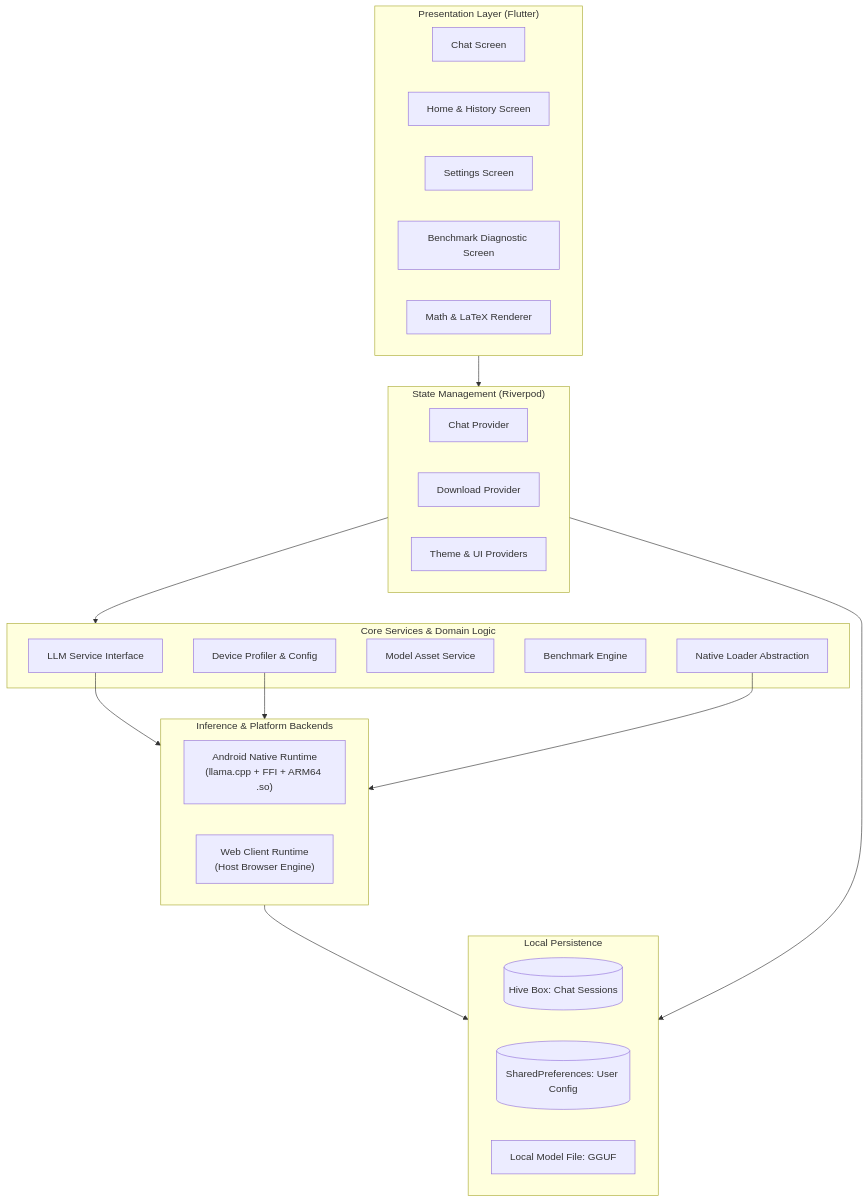
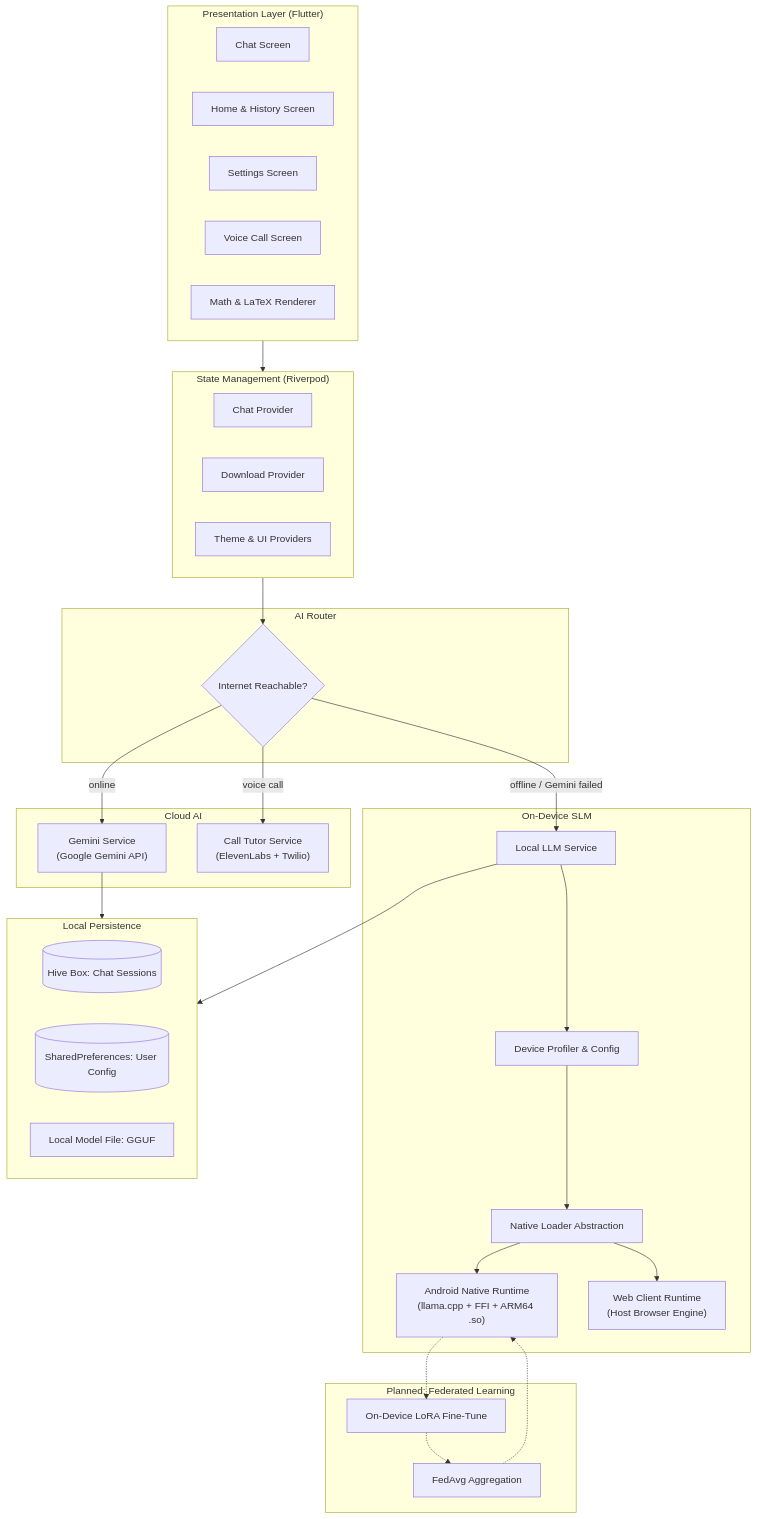
The diagram in README.md (srisaidhakshini/resonance), drawn with Mermaid before and after one commit. The commit also changed other lines of this file and 20 other files, not shown here.

````diff
--- a/README.md
+++ b/README.md
@@ -53,43 +76,53 @@
 ```mermaid
 flowchart TD
     subgraph UI ["Presentation Layer (Flutter)"]
         A1[Chat Screen]
         A2[Home & History Screen]
         A3[Settings Screen]
-        A4[Benchmark Diagnostic Screen]
+        A4[Voice Call Screen]
         A5[Math & LaTeX Renderer]
     end
 
     subgraph Providers ["State Management (Riverpod)"]
         B1[Chat Provider]
         B2[Download Provider]
         B3[Theme & UI Providers]
     end
 
-    subgraph Services ["Core Services & Domain Logic"]
-        C1[LLM Service Interface]
-        C2[Device Profiler & Config]
-        C3[Model Asset Service]
-        C4[Benchmark Engine]
-        C5[Native Loader Abstraction]
+    subgraph Router ["AI Router"]
+        R1{Internet Reachable?}
     end
 
-    subgraph Runtime ["Inference & Platform Backends"]
+    subgraph Cloud ["Cloud AI"]
+        G1["Gemini Service\n(Google Gemini API)"]
+        G2["Call Tutor Service\n(ElevenLabs + Twilio)"]
+    end
+
+    subgraph Local ["On-Device SLM"]
+        C1[Local LLM Service]
+        C2[Device Profiler & Config]
+        C5[Native Loader Abstraction]
         D1["Android Native Runtime\n(llama.cpp + FFI + ARM64 .so)"]
         D2["Web Client Runtime\n(Host Browser Engine)"]
     end
 
     subgraph Storage ["Local Persistence"]
         E1[(Hive Box: Chat Sessions)]
         E2[(SharedPreferences: User Config)]
         E3[Local Model File: GGUF]
     end
 
-    UI --> Providers
-    Providers --> Services
-    C1 --> Runtime
-    C2 --> Runtime
-    C5 --> Runtime
-    Runtime --> Storage
-    Providers --> Storage
+    subgraph Future ["Planned: Federated Learning"]
+        F1[On-Device LoRA Fine-Tune]
+        F2[FedAvg Aggregation]
+    end
+
+    UI --> Providers --> R1
+    R1 -- "online" --> G1
+    R1 -- "voice call" --> G2
+    R1 -- "offline / Gemini failed" --> C1
+    C1 --> C2 --> C5 --> D1 & D2
+    G1 --> Storage
+    C1 --> Storage
+    D1 -.-> F1 -.-> F2 -.-> D1
 ```
````
